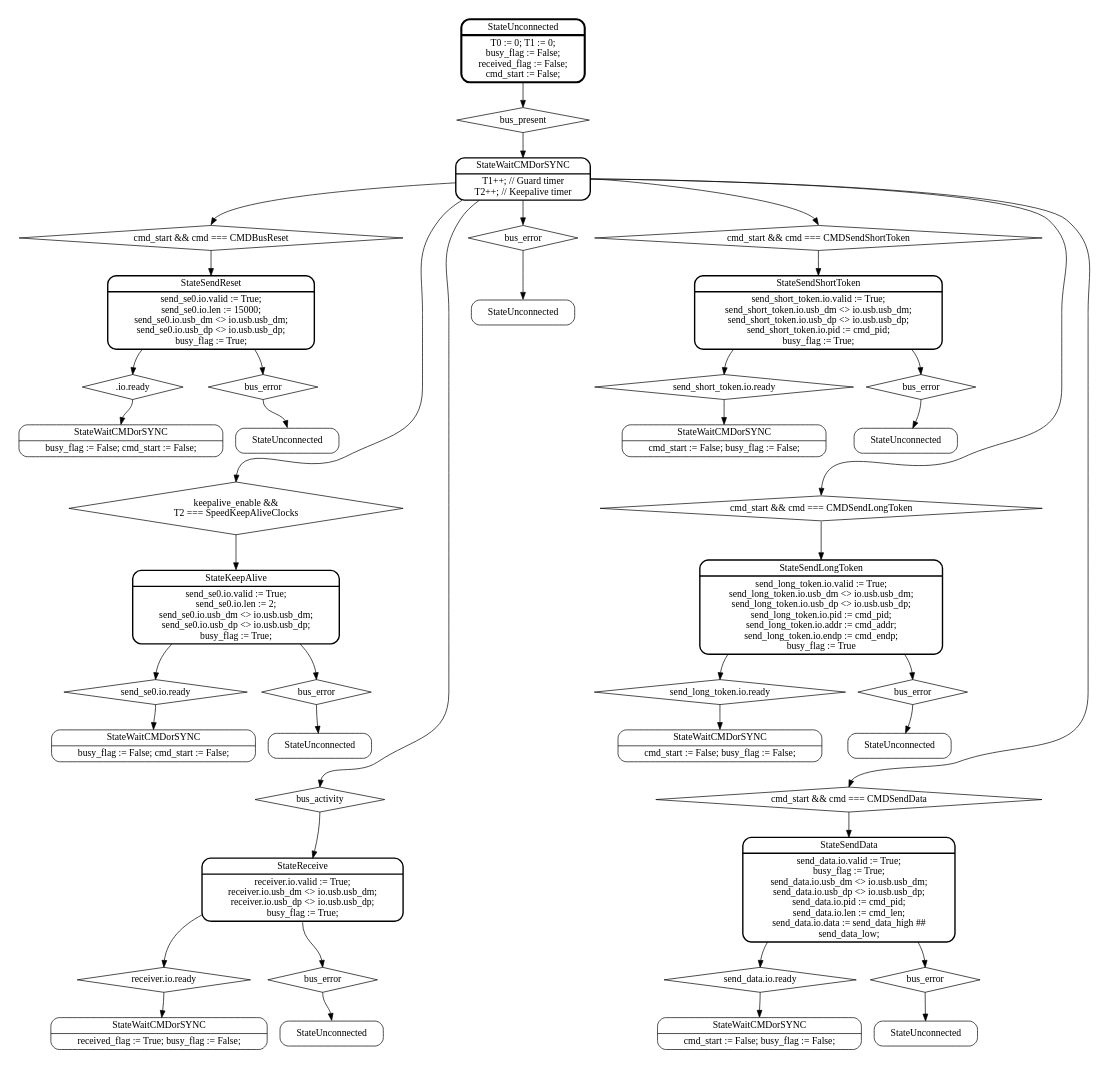
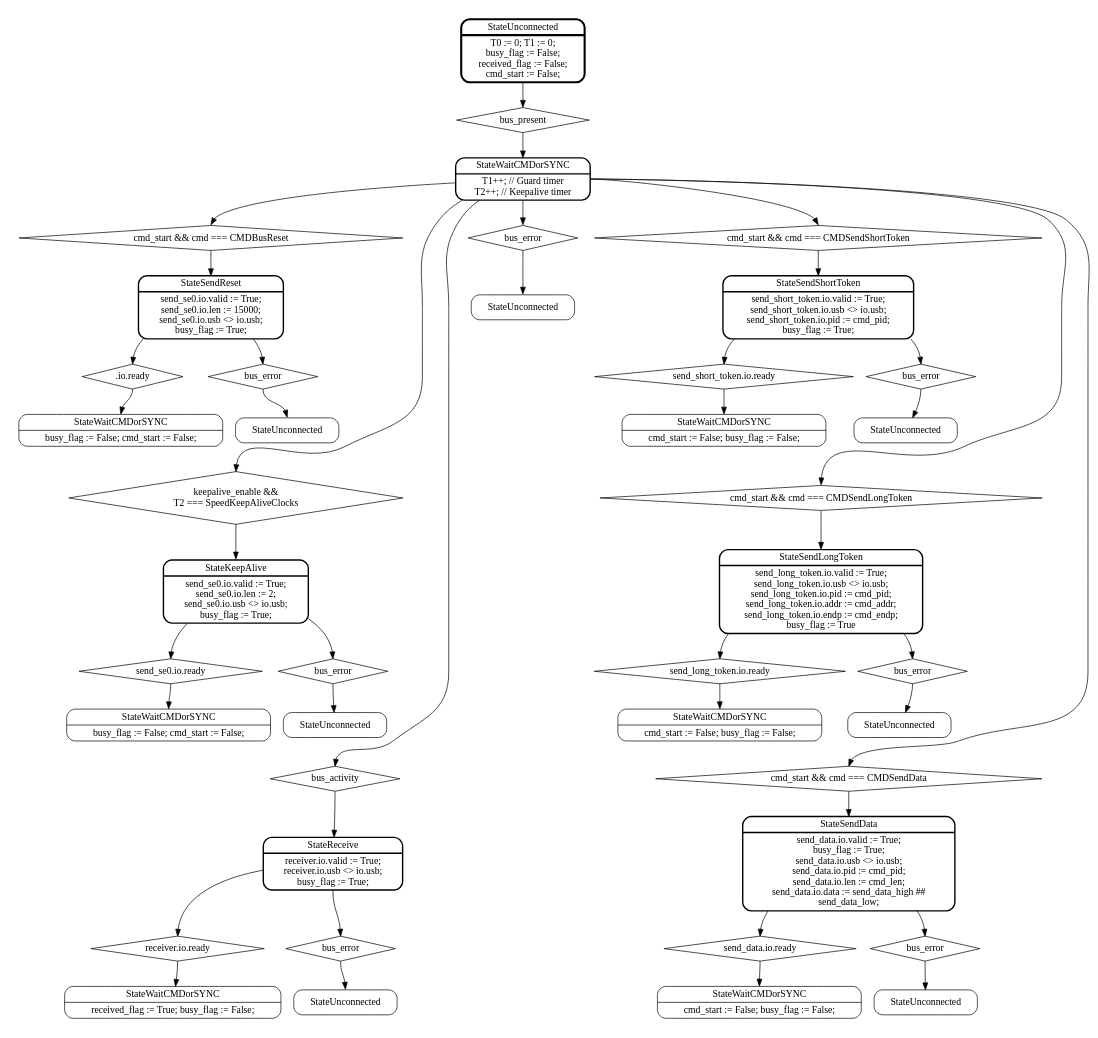
Before and after one commit to pointcheck/KarnixSOC: the diagram in doc/graphs/USB10/USBMain.dot, drawn with Graphviz. The commit also changed 23 other files, not shown here.

Commit message:
USB10: Update FMS diagrams to meat new structure of USBInterface

```diff
--- a/doc/graphs/USB10/USBMain.dot
+++ b/doc/graphs/USB10/USBMain.dot
@@ -1,75 +1,75 @@
 digraph USBMain {
 
 	//labelloc="t";
 	//label="USB 1.0 Controller Main FSM";
 	rankdir=TB; // Layout from top to bottom
 	node [shape=Mrecord]; // Shape of the nodes - rounded rect
 	//graph [splines = ortho]; // Orthogonal edges
 
 	subgraph cluster_0 {
 		rankdir = TB;
 		color = invis;
 		label = "";
 		StateUnconnected [penwidth=3, label = "{StateUnconnected|T0 := 0; T1 := 0;\nbusy_flag := False;\nreceived_flag := False;\ncmd_start := False;}"];
 		StateWaitCMDorSYNC [penwidth=2, label = "{StateWaitCMDorSYNC|T1++; // Guard timer\nT2++; // Keepalive timer}"];
 		StateUnconnected -> StateWaitCMDorSYNC0; StateWaitCMDorSYNC0 [shape = diamond, label = "bus_present" ]; StateWaitCMDorSYNC0:s -> StateWaitCMDorSYNC;
 	}
 	
 	subgraph cluster_1 {
 		rankdir = TB;
 		color = invis;
 		label = "";
 	
 		StateWaitCMDorSYNC -> StateSendReset0:n;
-		StateSendReset [penwidth=2, label = "{StateSendReset|send_se0.io.valid := True;\nsend_se0.io.len := 15000;\nsend_se0.io.usb_dm \<\> io.usb.usb_dm;\nsend_se0.io.usb_dp \<\> io.usb.usb_dp;\nbusy_flag := True;}"];
+		StateSendReset [penwidth=2, label = "{StateSendReset|send_se0.io.valid := True;\nsend_se0.io.len := 15000;\nsend_se0.io.usb \<\> io.usb;\nbusy_flag := True;}"];
 		StateSendReset -> StateWaitCMDorSYNC2:n; StateWaitCMDorSYNC2 [shape = diamond, label = ".io.ready"]; StateWaitCMDorSYNC2:s -> StateWaitCMDorSYNC22:n; StateWaitCMDorSYNC22 [label = "{StateWaitCMDorSYNC|busy_flag := False; cmd_start := False;\n}"];
 		StateSendReset-> StateUnconnected3:n; StateUnconnected3 [shape = diamond, label = "bus_error"]; StateUnconnected3:s -> StateUnconnected32:n; StateUnconnected32 [label = "StateUnconnected"];
 		StateUnconnected32:s -> StateKeepAlive0 [style = invis];
 		StateSendReset0:s -> StateSendReset;
 	 	StateSendReset0 [ shape = diamond, label = "cmd_start && cmd === CMDBusReset" ];
 	
 		StateWaitCMDorSYNC -> StateKeepAlive0:n; StateKeepAlive0 [shape = diamond, label = "keepalive_enable &&\nT2 === SpeedKeepAliveClocks"]; StateKeepAlive0:s -> StateKeepAlive:n;
 		StateKeepAlive -> StateWaitCMDorSYNC1:n; StateWaitCMDorSYNC1 [shape = diamond, label = "send_se0.io.ready"]; StateWaitCMDorSYNC1:s -> StateWaitCMDorSYNC12:n; StateWaitCMDorSYNC12 [label = "{StateWaitCMDorSYNC|busy_flag := False; cmd_start := False;}"];
 		StateKeepAlive -> StateUnconnected1:n; StateUnconnected1 [shape = diamond, label = "bus_error"]; StateUnconnected1:s -> StateUnconnected12; StateUnconnected12 [label = "StateUnconnected"];
-		StateKeepAlive [penwidth=2, label = "{StateKeepAlive|send_se0.io.valid := True;\nsend_se0.io.len := 2;\nsend_se0.io.usb_dm \<\> io.usb.usb_dm;\nsend_se0.io.usb_dp \<\> io.usb.usb_dp;\nbusy_flag := True;}" ]; 
+		StateKeepAlive [penwidth=2, label = "{StateKeepAlive|send_se0.io.valid := True;\nsend_se0.io.len := 2;\nsend_se0.io.usb \<\> io.usb;\nbusy_flag := True;}" ]; 
 		StateUnconnected12:s -> StateReceive0 [style = invis];
 	
-		StateWaitCMDorSYNC -> StateReceive0:n; StateReceive0 [ shape = diamond, label = "bus_activity" ]; StateReceive0:s -> StateReceive; StateReceive [penwidth=2, label = "{StateReceive|receiver.io.valid := True;\nreceiver.io.usb_dm \<\> io.usb.usb_dm;\nreceiver.io.usb_dp \<\> io.usb.usb_dp;\nbusy_flag := True;}"];
+		StateWaitCMDorSYNC -> StateReceive0:n; StateReceive0 [ shape = diamond, label = "bus_activity" ]; StateReceive0:s -> StateReceive; StateReceive [penwidth=2, label = "{StateReceive|receiver.io.valid := True;\nreceiver.io.usb \<\> io.usb;\nbusy_flag := True;}"];
 		StateReceive -> StateWaitCMDorSYNC3:n; StateWaitCMDorSYNC3 [shape = diamond, label = "receiver.io.ready"]; StateWaitCMDorSYNC3:s -> StateWaitCMDorSYNC32; StateWaitCMDorSYNC32 [label = "{StateWaitCMDorSYNC|received_flag := True; busy_flag := False;}"];
 		StateReceive:s -> StateUnconnected4:n; StateUnconnected4 [shape = diamond, label = "bus_error"];
 		StateUnconnected4:s -> StateUnconnected42:n; StateUnconnected42 [label = "StateUnconnected"];
 	
 	}
 	
 	subgraph cluster_2 {
 		color = invis;
 		label = "";
 		StateWaitCMDorSYNC -> StateUnconnected2:n; StateUnconnected2:s -> StateUnconnected123:n; StateUnconnected2 [ shape = diamond, label = "bus_error"]; StateUnconnected123 [label = "{StateUnconnected}"];
 	}
 	
 	
 	subgraph cluster_3 {
 		color = invis;
 		label = "";
 	
-		StateWaitCMDorSYNC:e -> StateSendData0:n; StateSendData0 [ shape = diamond, label = "cmd_start && cmd === CMDSendData" ]; StateSendData0:s -> StateSendData; StateSendData [penwidth=2, label = "{StateSendData|send_data.io.valid := True;\nbusy_flag := True;\nsend_data.io.usb_dm \<\> io.usb.usb_dm;\nsend_data.io.usb_dp \<\> io.usb.usb_dp;\nsend_data.io.pid := cmd_pid;\nsend_data.io.len := cmd_len;\nsend_data.io.data := send_data_high ##\n  send_data_low;}"];
-		StateWaitCMDorSYNC:e -> StateSendShortToken0:n; StateSendShortToken0 [ shape = diamond, label = "cmd_start && cmd === CMDSendShortToken" ]; StateSendShortToken0:s -> StateSendShortToken; StateSendShortToken [penwidth=2, label = "{StateSendShortToken|send_short_token.io.valid := True;\nsend_short_token.io.usb_dm \<\> io.usb.usb_dm;\nsend_short_token.io.usb_dp \<\> io.usb.usb_dp;\nsend_short_token.io.pid := cmd_pid;\nbusy_flag := True;}"];
-		StateWaitCMDorSYNC:e -> StateSendLongToken0:n; StateSendLongToken0 [ shape = diamond, label = "cmd_start && cmd === CMDSendLongToken" ]; StateSendLongToken0:s -> StateSendLongToken:n; StateSendLongToken [penwidth=2, label = "{StateSendLongToken|send_long_token.io.valid := True;\nsend_long_token.io.usb_dm \<\>\ io.usb.usb_dm;\nsend_long_token.io.usb_dp \<\> io.usb.usb_dp;\nsend_long_token.io.pid := cmd_pid;\nsend_long_token.io.addr := cmd_addr;\nsend_long_token.io.endp := cmd_endp;\nbusy_flag := True}"];
+		StateWaitCMDorSYNC:e -> StateSendData0:n; StateSendData0 [ shape = diamond, label = "cmd_start && cmd === CMDSendData" ]; StateSendData0:s -> StateSendData; StateSendData [penwidth=2, label = "{StateSendData|send_data.io.valid := True;\nbusy_flag := True;\nsend_data.io.usb \<\> io.usb;\nsend_data.io.pid := cmd_pid;\nsend_data.io.len := cmd_len;\nsend_data.io.data := send_data_high ##\n  send_data_low;}"];
+		StateWaitCMDorSYNC:e -> StateSendShortToken0:n; StateSendShortToken0 [ shape = diamond, label = "cmd_start && cmd === CMDSendShortToken" ]; StateSendShortToken0:s -> StateSendShortToken; StateSendShortToken [penwidth=2, label = "{StateSendShortToken|send_short_token.io.valid := True;\nsend_short_token.io.usb \<\> io.usb;\nsend_short_token.io.pid := cmd_pid;\nbusy_flag := True;}"];
+		StateWaitCMDorSYNC:e -> StateSendLongToken0:n; StateSendLongToken0 [ shape = diamond, label = "cmd_start && cmd === CMDSendLongToken" ]; StateSendLongToken0:s -> StateSendLongToken:n; StateSendLongToken [penwidth=2, label = "{StateSendLongToken|send_long_token.io.valid := True;\nsend_long_token.io.usb \<\>\ io.usb;\nsend_long_token.io.pid := cmd_pid;\nsend_long_token.io.addr := cmd_addr;\nsend_long_token.io.endp := cmd_endp;\nbusy_flag := True}"];
 	
 	
 		StateSendShortToken -> StateWaitCMDorSYNC5:n; StateWaitCMDorSYNC5 [shape = diamond, label = "send_short_token.io.ready"]; StateWaitCMDorSYNC5:s -> StateWaitCMDorSYNC52:n; StateWaitCMDorSYNC52 [label = "{StateWaitCMDorSYNC|cmd_start := False; busy_flag := False;}"];
 		StateSendShortToken -> StateUnconnected6:n; StateUnconnected6 [shape = diamond, label = "bus_error"]; StateUnconnected6:s -> StateUnconnected62; StateUnconnected62 [label = "StateUnconnected"];
 	
 	
 		StateSendData -> StateWaitCMDorSYNC4:n; StateWaitCMDorSYNC4 [shape = diamond, label = "send_data.io.ready"]; StateWaitCMDorSYNC4:s -> StateWaitCMDorSYNC42:n; StateWaitCMDorSYNC42 [label = "{StateWaitCMDorSYNC|cmd_start := False; busy_flag := False;}"];
 		StateSendData -> StateUnconnected5:n; StateUnconnected5 [shape = diamond, label = "bus_error"]; StateUnconnected5:s -> StateUnconnected52; StateUnconnected52 [label = "StateUnconnected"];
 	
 	
 		StateSendLongToken -> StateWaitCMDorSYNC6:n; StateWaitCMDorSYNC6 [shape = diamond, label = "send_long_token.io.ready"]; StateWaitCMDorSYNC6:s -> StateWaitCMDorSYNC62:n; StateWaitCMDorSYNC62 [label = "{StateWaitCMDorSYNC|cmd_start := False; busy_flag := False;}"];
 		StateSendLongToken -> StateUnconnected7:n; StateUnconnected7 [shape = diamond, label = "bus_error"]; StateUnconnected7:s -> StateUnconnected72; StateUnconnected72 [label = "StateUnconnected"];
 	
 		StateUnconnected62 -> StateSendLongToken0 [style = invis];
 		StateUnconnected72 -> StateSendData0 [style = invis]
 	}
 
 }
```
